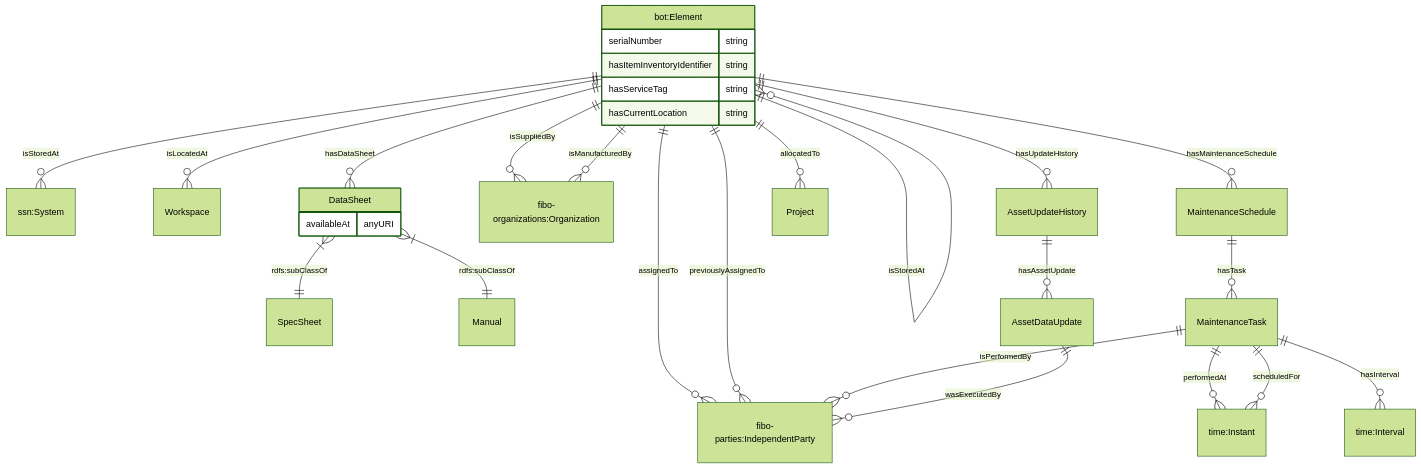
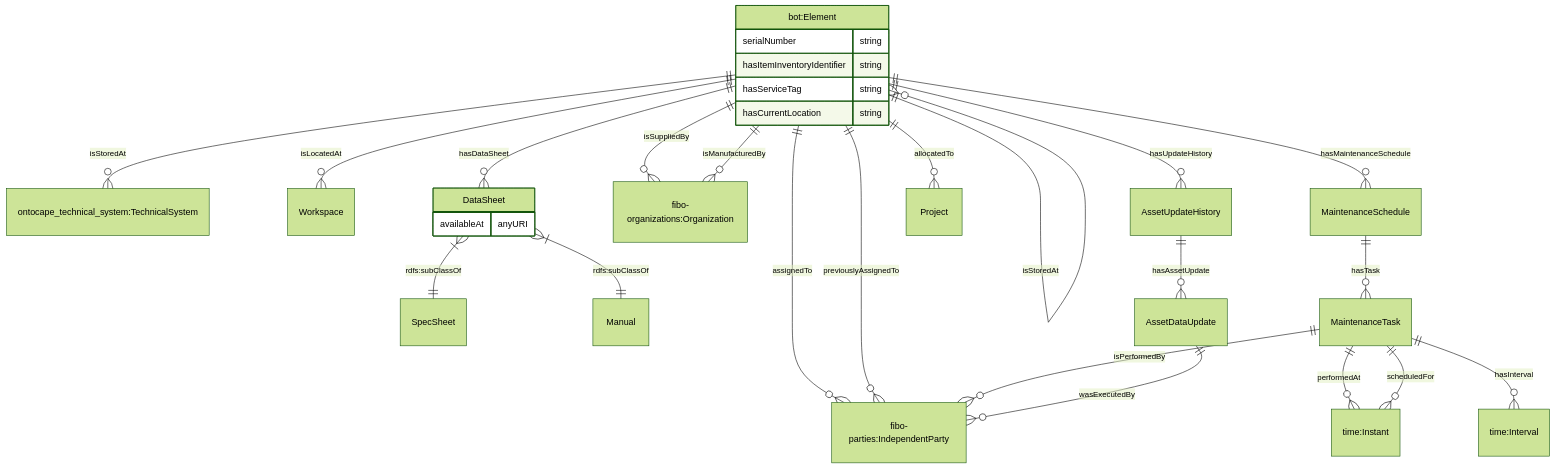
One commit to cambridge-cares/TheWorldAvatar changed the seventh of 10 diagrams in JPS_Ontology/ontology/ontoassetmanagement/README.MD. Above: the diagram before and after it, drawn with Mermaid (forest theme). The commit also changed other lines of this file and 2 other files, not shown here.

Commit message:
1661-dev-modify-ontodevice-and-ontoassetmanagement-and-create-ontosystem: swap ssn:System with ontocape:TechnicalSystem in ontoassetmanagement

````diff
--- a/JPS_Ontology/ontology/ontoassetmanagement/README.MD
+++ b/JPS_Ontology/ontology/ontoassetmanagement/README.MD
@@ -160,32 +160,32 @@
 ```mermaid
     erDiagram
     "bot:Element" ||--o{ "bot:Element" : isStoredAt
-    "bot:Element" ||--o{ "ssn:System" : isStoredAt
+    "bot:Element" ||--o{ "ontocape_technical_system:TechnicalSystem" : isStoredAt
     "bot:Element" ||--o{ "fibo-parties:IndependentParty" : assignedTo
     "bot:Element" ||--o{ "fibo-parties:IndependentParty" : previouslyAssignedTo
     "bot:Element" ||--o{ "Workspace" : isLocatedAt
     "bot:Element" ||--o{ "MaintenanceSchedule" : hasMaintenanceSchedule
     "bot:Element" ||--o{ "fibo-organizations:Organization" : isSuppliedBy
     "bot:Element" ||--o{ "fibo-organizations:Organization" : isManufacturedBy
     "bot:Element" ||--o{ "DataSheet" : hasDataSheet
     "DataSheet" }|--|| "SpecSheet" : "rdfs:subClassOf"
     "DataSheet" }|--|| "Manual" : "rdfs:subClassOf"
     "DataSheet" {
         availableAt anyURI
     }
     "MaintenanceSchedule" ||--o{ "MaintenanceTask" : hasTask
     "MaintenanceTask" ||--o{ "time:Instant" : performedAt
     "MaintenanceTask" ||--o{ "time:Instant" : scheduledFor
     "MaintenanceTask" ||--o{ "fibo-parties:IndependentParty" : isPerformedBy
     "MaintenanceTask" ||--o{ "time:Interval" : hasInterval
     "bot:Element" ||--o{ "AssetUpdateHistory" : hasUpdateHistory
     "AssetUpdateHistory" ||--o{ "AssetDataUpdate" : hasAssetUpdate
     "AssetDataUpdate" ||--o{ "fibo-parties:IndependentParty" : wasExecutedBy
     "bot:Element" ||--o{ "Project" : allocatedTo
     "bot:Element" {
         serialNumber string
         hasItemInventoryIdentifier string
         hasServiceTag string
         hasCurrentLocation string
     }
 ```
````
